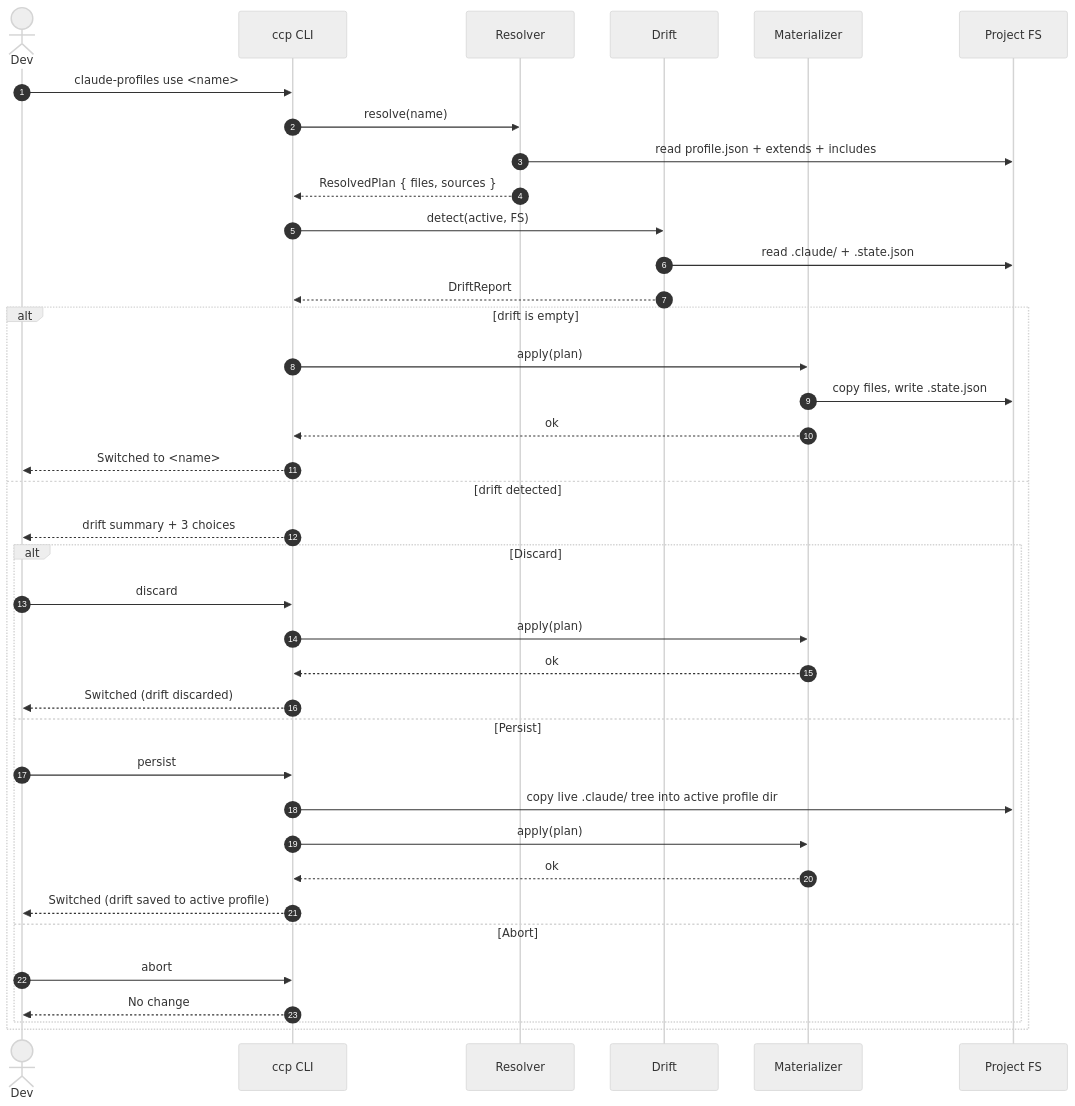
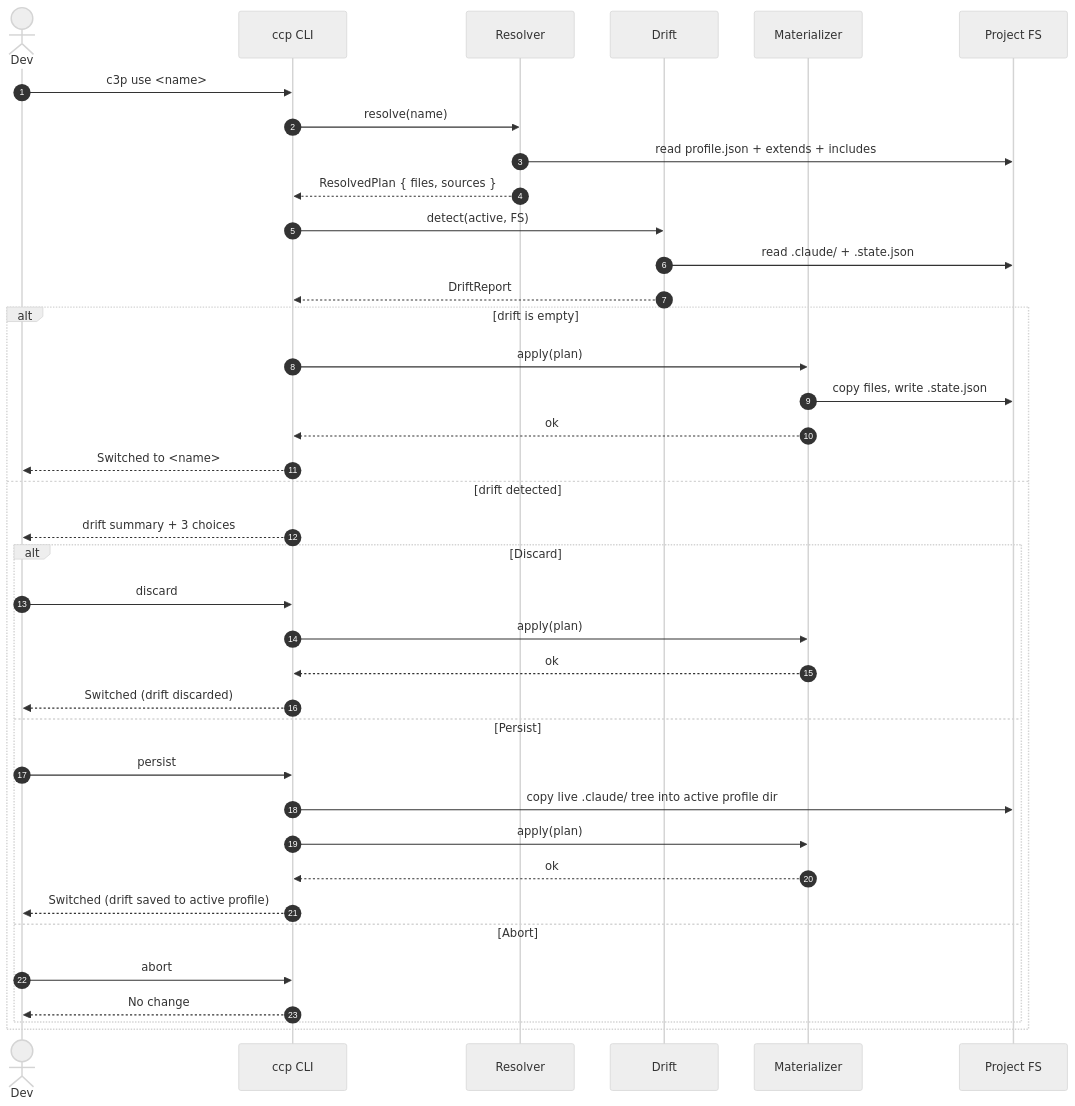
Before and after one commit to htxryan/claude-code-profiles: the second of 3 diagrams in docs/specs/claude-code-profiles.md, drawn with Mermaid (neutral theme). The commit also changed other lines of this file and 59 other files, not shown here.

First line of the commit message:
feat!: rename CLI bin from claude-profiles to c3p (#10)

````diff
--- a/docs/specs/claude-code-profiles.md
+++ b/docs/specs/claude-code-profiles.md
@@ -146,41 +146,41 @@
 ```mermaid
 sequenceDiagram
     autonumber
     actor Dev
     participant CLI as ccp CLI
     participant Resolver
     participant Drift
     participant Materializer
     participant FS as Project FS
 
-    Dev->>CLI: claude-profiles use <name>
+    Dev->>CLI: c3p use <name>
     CLI->>Resolver: resolve(name)
     Resolver->>FS: read profile.json + extends + includes
     Resolver-->>CLI: ResolvedPlan { files, sources }
     CLI->>Drift: detect(active, FS)
     Drift->>FS: read .claude/ + .state.json
     Drift-->>CLI: DriftReport
     alt drift is empty
         CLI->>Materializer: apply(plan)
         Materializer->>FS: copy files, write .state.json
         Materializer-->>CLI: ok
         CLI-->>Dev: Switched to <name>
     else drift detected
         CLI-->>Dev: drift summary + 3 choices
         alt Discard
             Dev->>CLI: discard
             CLI->>Materializer: apply(plan)
             Materializer-->>CLI: ok
             CLI-->>Dev: Switched (drift discarded)
         else Persist
             Dev->>CLI: persist
             CLI->>FS: copy live .claude/ tree into active profile dir
             CLI->>Materializer: apply(plan)
             Materializer-->>CLI: ok
             CLI-->>Dev: Switched (drift saved to active profile)
         else Abort
             Dev->>CLI: abort
             CLI-->>Dev: No change
         end
     end
 ```
````
